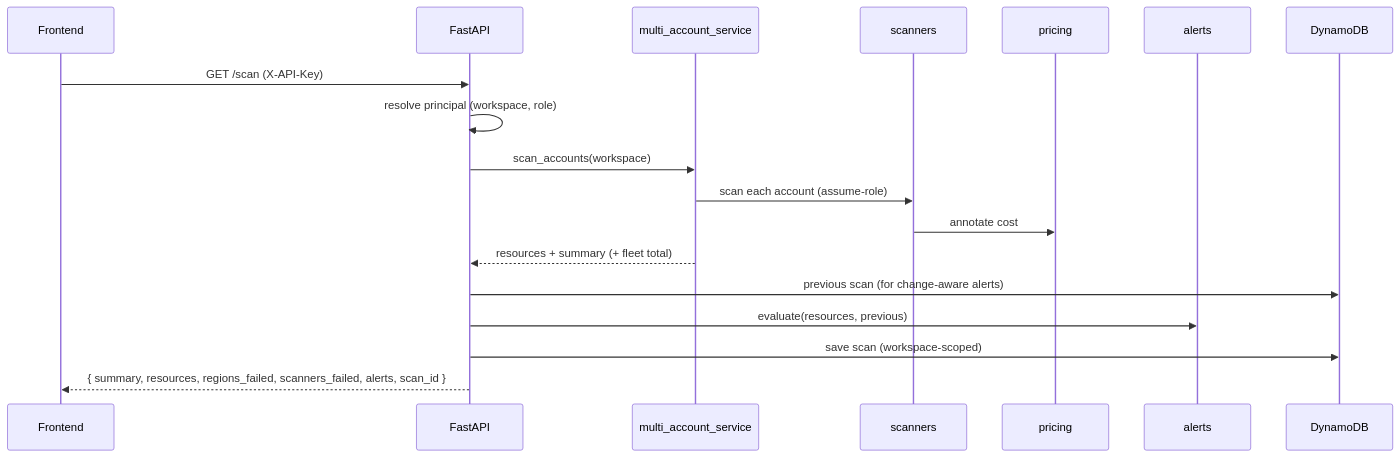
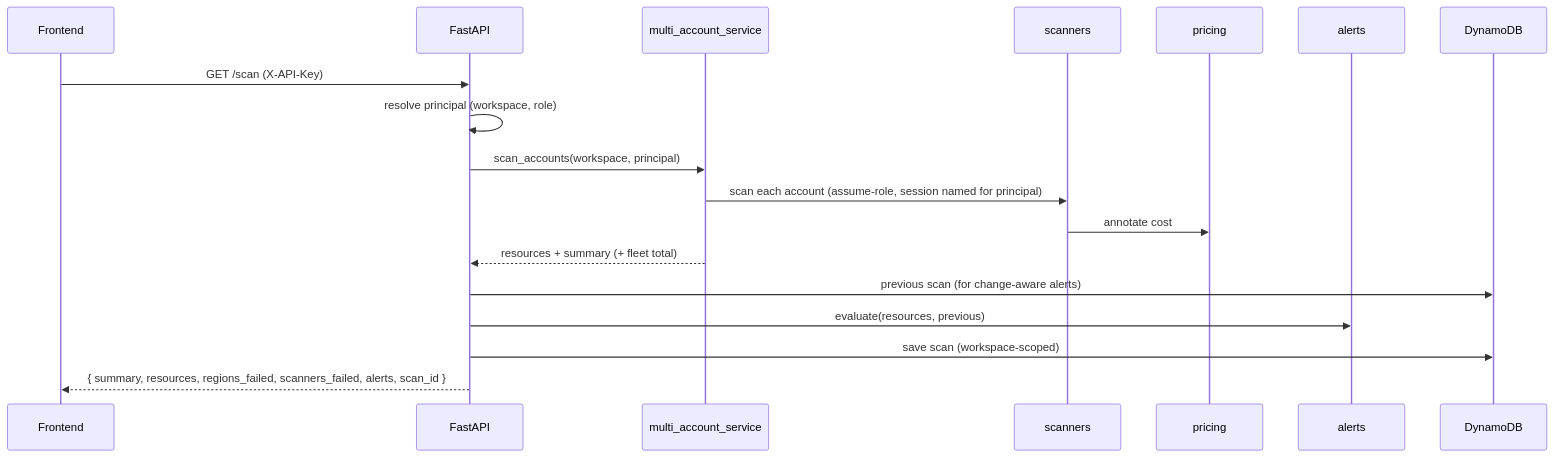
Before and after one commit to jaredf96/shut-it-down-aws: the third of 3 diagrams in docs/ARCHITECTURE.md, drawn with Mermaid. The commit also changed 13 other files, not shown here.

````diff
--- a/docs/ARCHITECTURE.md
+++ b/docs/ARCHITECTURE.md
@@ -242,21 +242,21 @@
 ```mermaid
 sequenceDiagram
     participant FE as Frontend
     participant API as FastAPI
     participant MA as multi_account_service
     participant SC as scanners
     participant PR as pricing
     participant AL as alerts
     participant DB as DynamoDB
 
     FE->>API: GET /scan (X-API-Key)
     API->>API: resolve principal (workspace, role)
-    API->>MA: scan_accounts(workspace)
-    MA->>SC: scan each account (assume-role)
+    API->>MA: scan_accounts(workspace, principal)
+    MA->>SC: scan each account (assume-role, session named for principal)
     SC->>PR: annotate cost
     MA-->>API: resources + summary (+ fleet total)
     API->>DB: previous scan (for change-aware alerts)
     API->>AL: evaluate(resources, previous)
     API->>DB: save scan (workspace-scoped)
     API-->>FE: { summary, resources, regions_failed, scanners_failed, alerts, scan_id }
 ```
````
